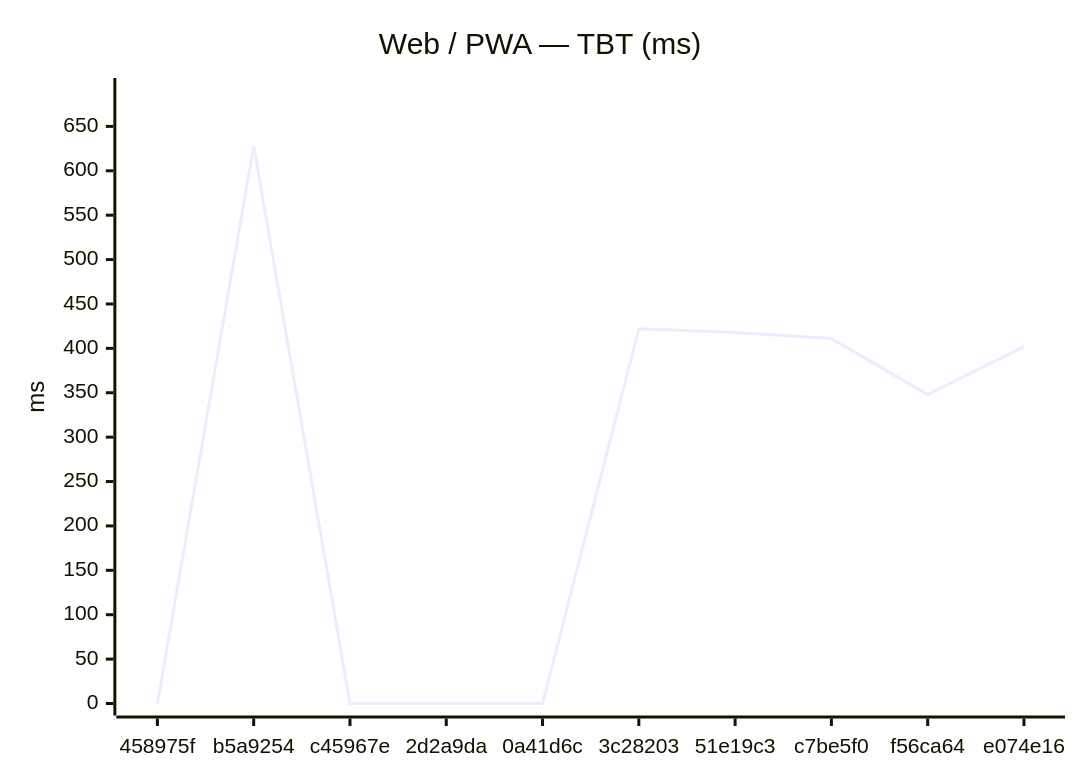
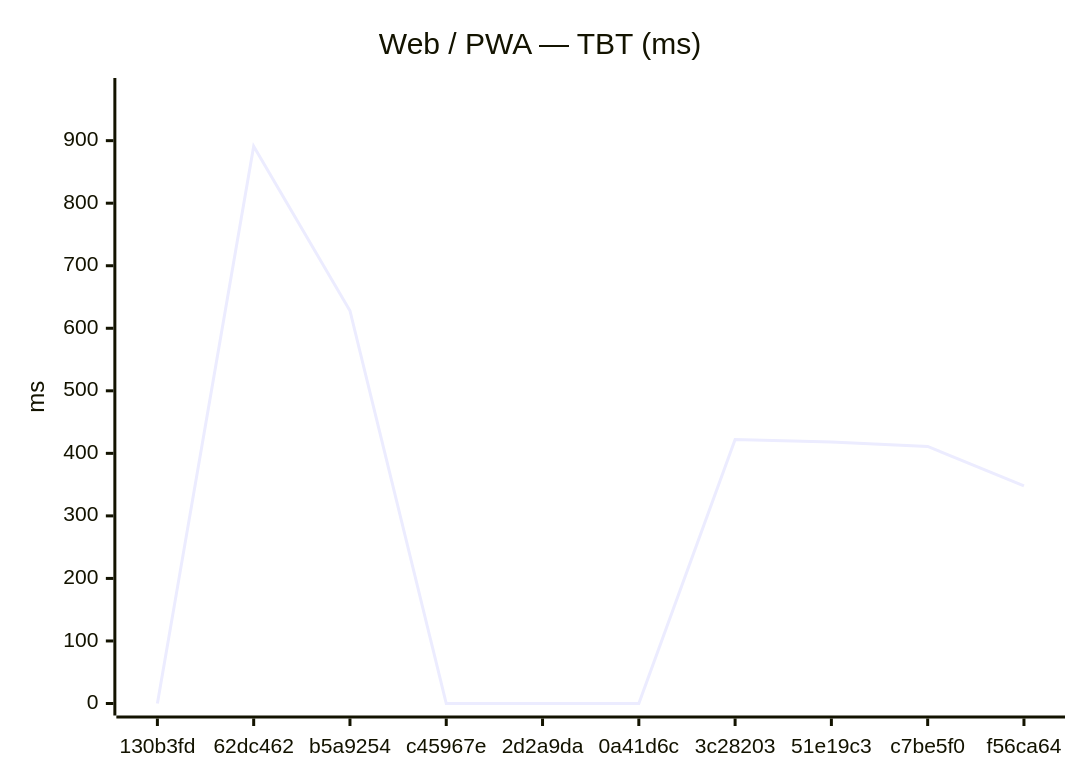
The second of 18 diagrams in benchmarks/compare.md (Metaheurist/Rianell), drawn with Mermaid before and after one commit. The commit also changed other lines of this file and 11 other files, not shown here.

````diff
--- a/benchmarks/compare.md
+++ b/benchmarks/compare.md
@@ -31,7 +31,7 @@
 ```mermaid
 xychart-beta
     title "Web / PWA — TBT (ms)"
-    x-axis ["458975f", "b5a9254", "c45967e", "2d2a9da", "0a41d6c", "3c28203", "51e19c3", "c7be5f0", "f56ca64", "e074e16"]
-    y-axis "ms" 0 --> 691
-    line [0, 628, 0, 0, 0, 422, 418, 411, 348, 402]
+    x-axis ["130b3fd", "62dc462", "b5a9254", "c45967e", "2d2a9da", "0a41d6c", "3c28203", "51e19c3", "c7be5f0", "f56ca64"]
+    y-axis "ms" 0 --> 981
+    line [0, 891, 628, 0, 0, 0, 422, 418, 411, 348]
 ```
````
